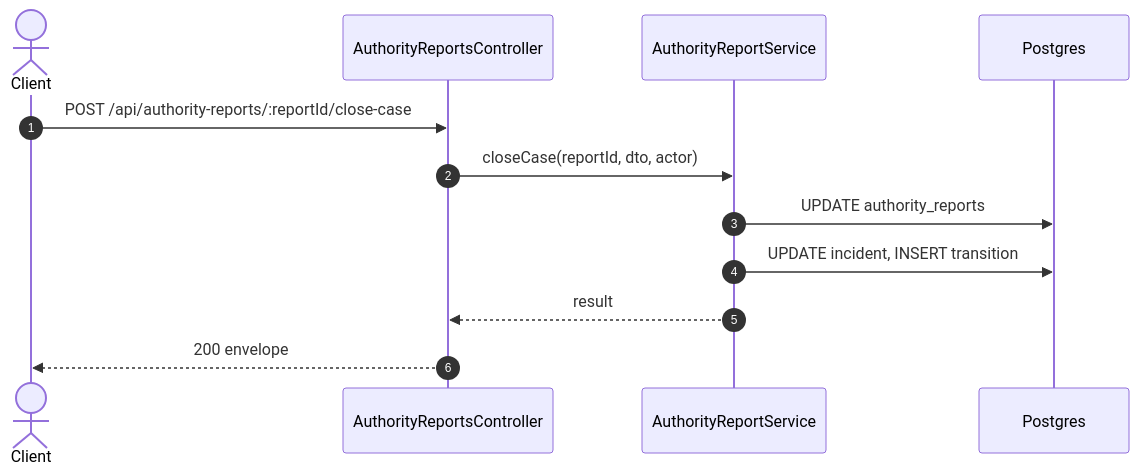
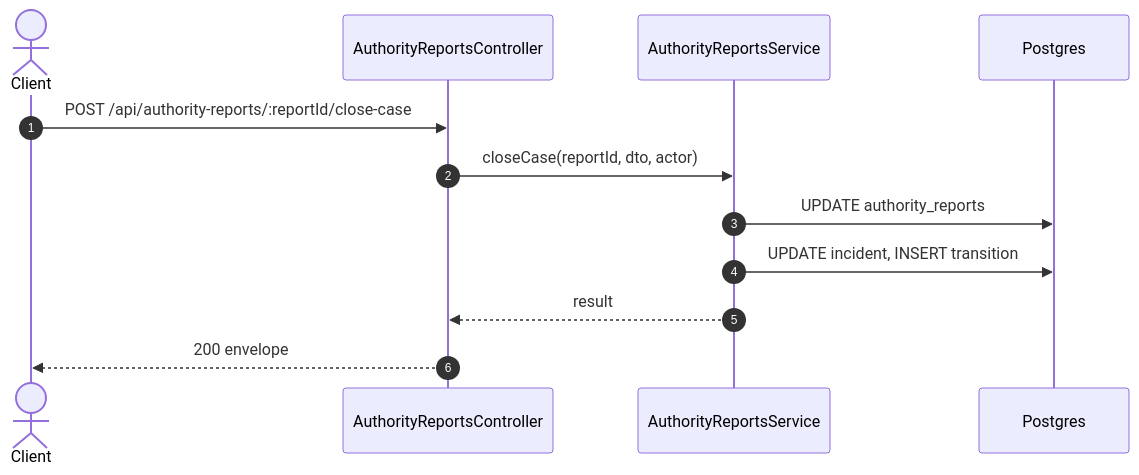
The second of 2 diagrams in specs/incidents/api-design/09-post-authority-reports-reportid-close-case.md (TrekLink-Team/treklink-web), drawn with Mermaid before and after one commit. The commit also changed 5 other files, not shown here.

First line of the commit message:
docs: name the authority report service AuthorityReportsService in the incidents spec

````diff
--- a/specs/incidents/api-design/09-post-authority-reports-reportid-close-case.md
+++ b/specs/incidents/api-design/09-post-authority-reports-reportid-close-case.md
@@ -183,14 +183,14 @@
 ```mermaid
 sequenceDiagram
     autonumber
     actor C as Client
     participant Ctl as AuthorityReportsController
-    participant Svc as AuthorityReportService
+    participant Svc as AuthorityReportsService
     participant DB as Postgres
     C->>Ctl: POST /api/authority-reports/:reportId/close-case
     Ctl->>Svc: closeCase(reportId, dto, actor)
     Svc->>DB: UPDATE authority_reports
     Svc->>DB: UPDATE incident, INSERT transition
     Svc-->>Ctl: result
     Ctl-->>C: 200 envelope
 ```
````
